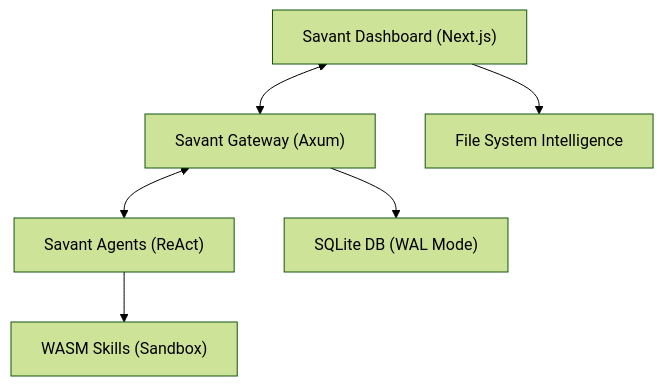
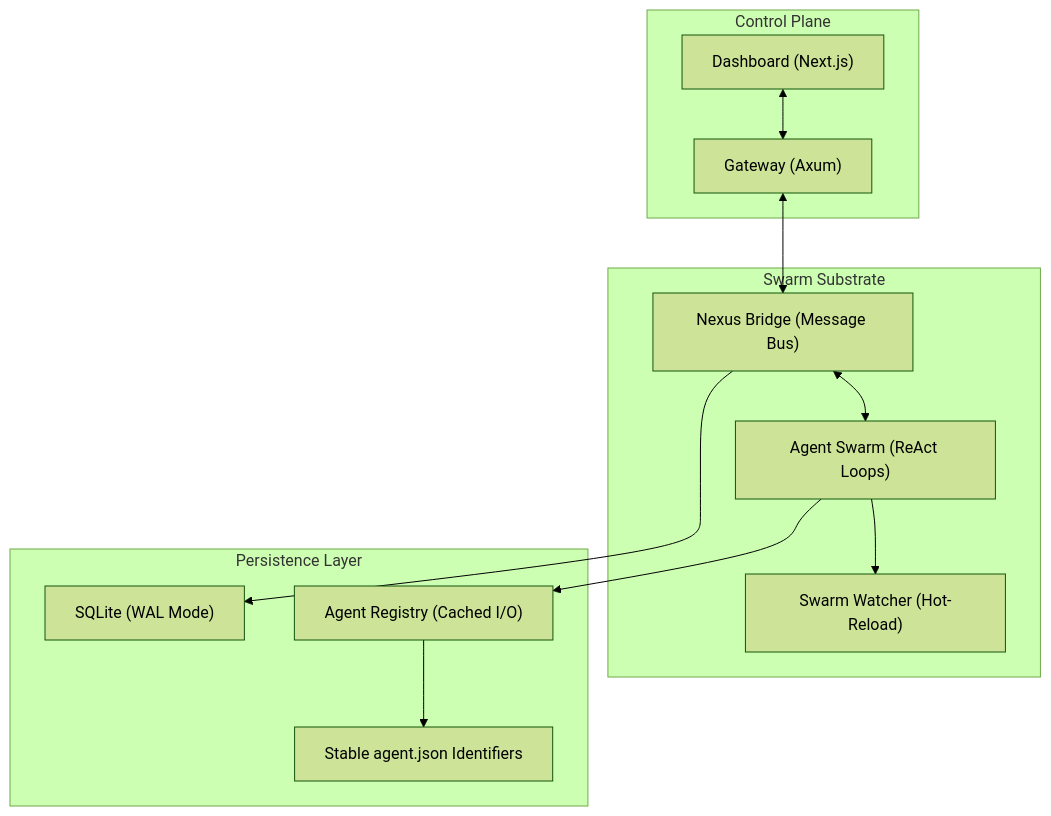
One commit to fame0528/Savant changed the diagram in README.md. Above: the diagram before and after it, drawn with Mermaid (forest theme). The commit also changed other lines of this file, not shown here.

````diff
--- a/README.md
+++ b/README.md
@@ -57,8 +32,18 @@
 ```mermaid
 graph TD
-    Dashboard["Savant Dashboard (Next.js)"] <--> Gateway["Savant Gateway (Axum)"]
-    Gateway <--> Agents["Savant Agents (ReAct)"]
-    Gateway --> DB["SQLite DB (WAL Mode)"]
-    Agents --> Skills["WASM Skills (Sandbox)"]
-    Dashboard --> FS["File System Intelligence"]
+    subgraph "Control Plane"
+        Dashboard["Dashboard (Next.js)"] <--> Gateway["Gateway (Axum)"]
+    end
+    
+    subgraph "Swarm Substrate"
+        Gateway <--> Bus["Nexus Bridge (Message Bus)"]
+        Bus <--> Agents["Agent Swarm (ReAct Loops)"]
+        Agents --> Watcher["Swarm Watcher (Hot-Reload)"]
+    end
+    
+    subgraph "Persistence Layer"
+        Bus --> DB["SQLite (WAL Mode)"]
+        Agents --> Registry["Agent Registry (Cached I/O)"]
+        Registry --> Disk["Stable agent.json Identifiers"]
+    end
 ```
````
